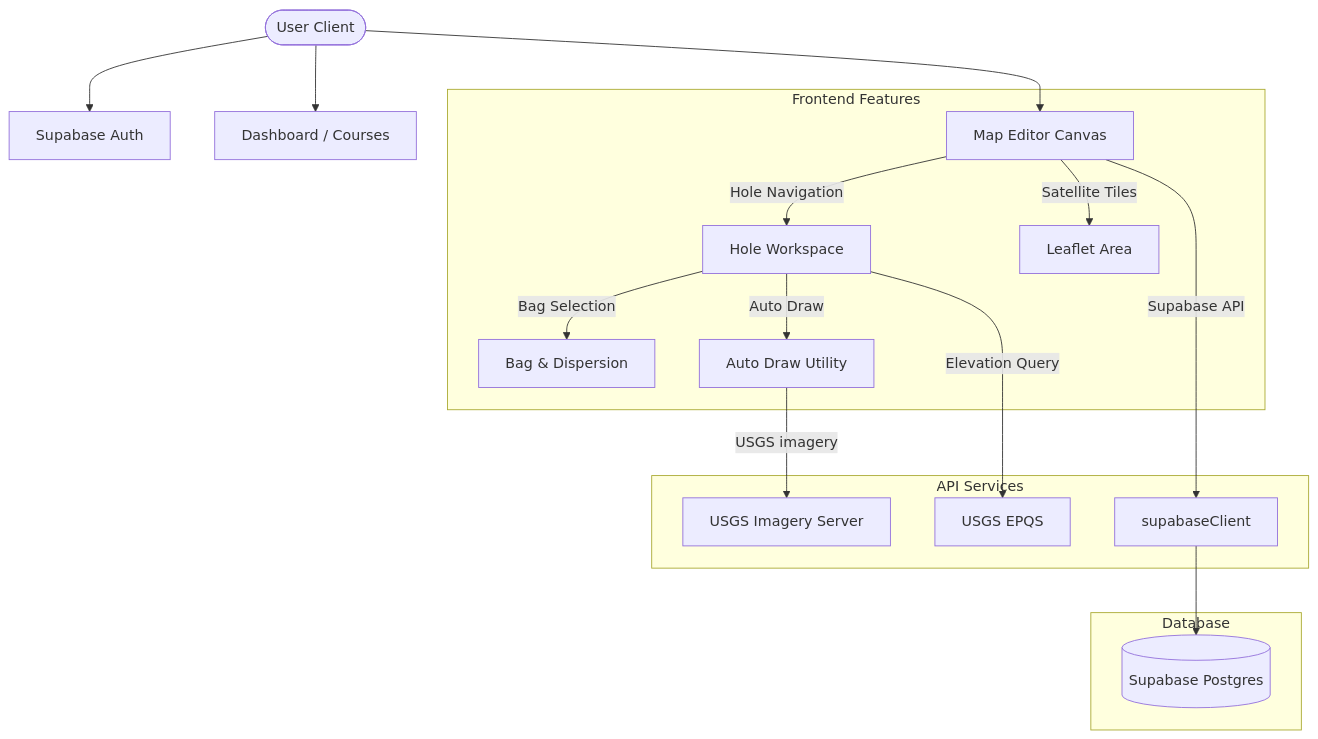
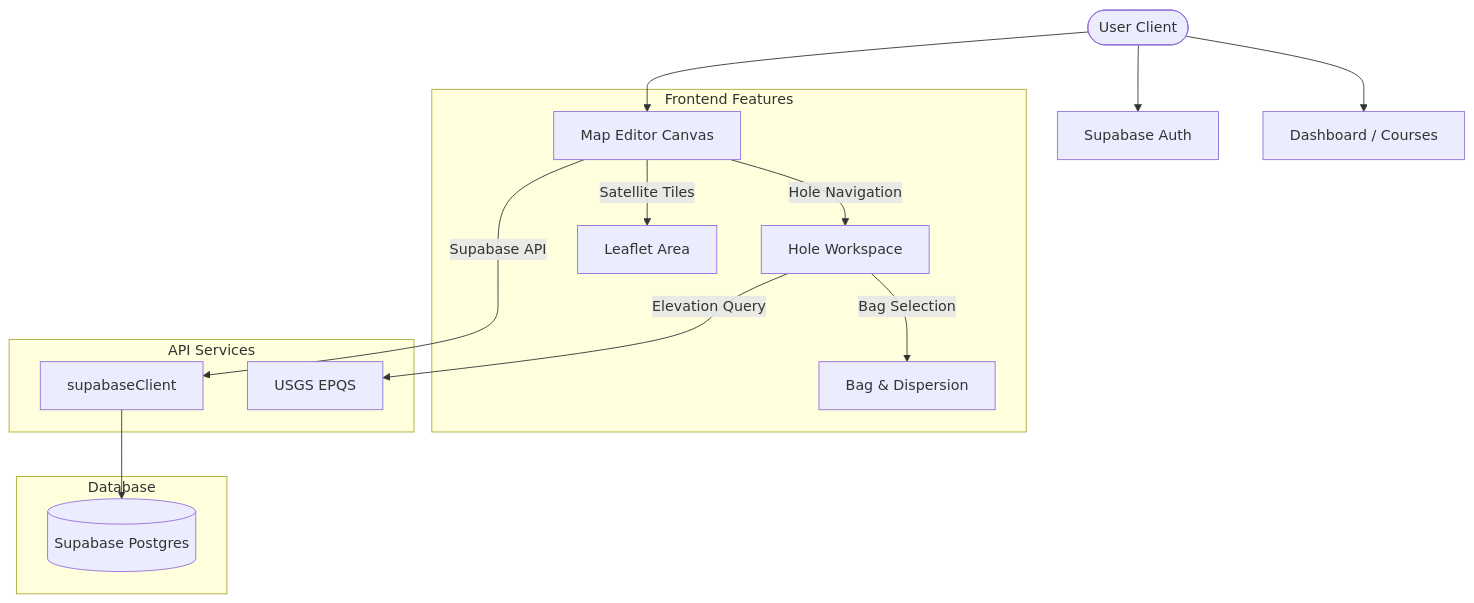
The diagram in docs/codebase-architecture.md (jgevenson/course-management-tool), drawn with Mermaid before and after one commit. The commit also changed other lines of this file and 14 other files, not shown here.

Commit message:
feat: implement map workspace components, tools, and architecture documentation

````diff
--- a/docs/codebase-architecture.md
+++ b/docs/codebase-architecture.md
@@ -52,23 +52,21 @@
 ```mermaid
 graph TD
     User([User Client]) --> Auth[Supabase Auth]
     User --> Dash[Dashboard / Courses]
     User --> Map[Map Editor Canvas]
     
     subgraph Frontend Features
         Map -->|Hole Navigation| HW[Hole Workspace]
         Map -->|Satellite Tiles| LA[Leaflet Area]
         HW -->|Bag Selection| Bag[Bag & Dispersion]
-        HW -->|Auto Draw| AD[Auto Draw Utility]
     end
 
     subgraph API Services
         Map -->|Supabase API| SAPI[supabaseClient]
-        AD -->|USGS imagery| Imagery[USGS Imagery Server]
         HW -->|Elevation Query| EPQS[USGS EPQS]
     end
 
     subgraph Database
         SAPI --> DB[(Supabase Postgres)]
     end
 ```
````
